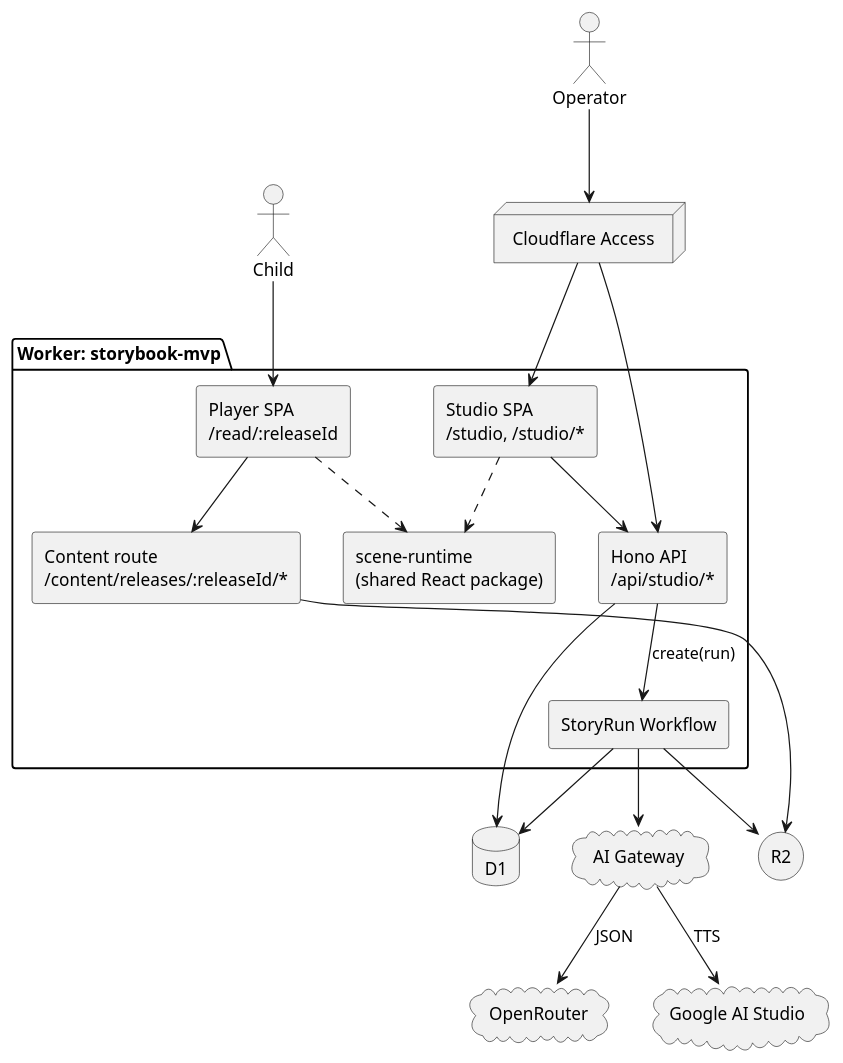
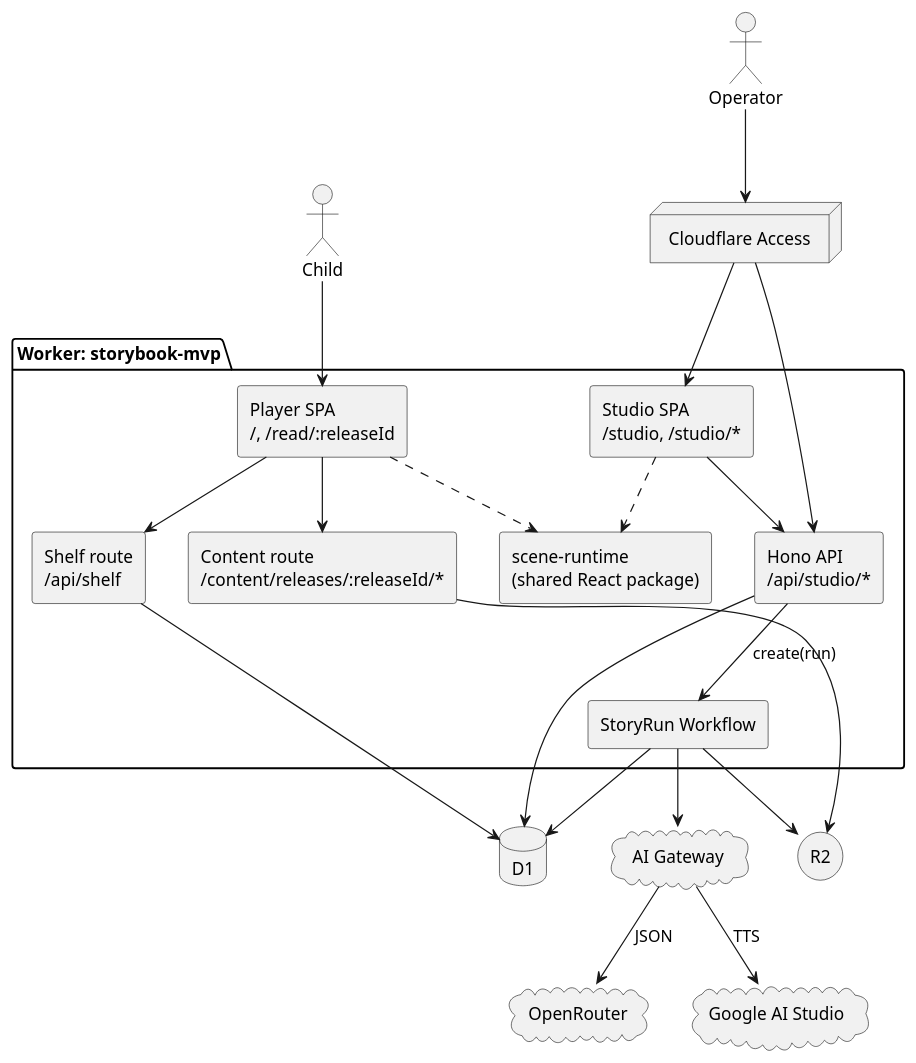
Before and after one commit to sem-baby-cmu/goodnight-ai-news: the first of 2 diagrams in docs/specs/storybook-mvp/design.md, drawn with PlantUML. The commit also changed other lines of this file and 9 other files, not shown here.

````diff
--- a/docs/specs/storybook-mvp/design.md
+++ b/docs/specs/storybook-mvp/design.md
@@ -48,40 +48,43 @@
 ```plantuml
 @startuml
 skinparam componentStyle rectangle
 actor Operator
 actor Child
 
 package "Worker: storybook-mvp" {
   [Studio SPA\n/studio, /studio/*] as Studio
-  [Player SPA\n/read/:releaseId] as Player
+  [Player SPA\n/, /read/:releaseId] as Player
   [Hono API\n/api/studio/*] as API
   [Content route\n/content/releases/:releaseId/*] as Content
+  [Shelf route\n/api/shelf] as Shelf
   [StoryRun Workflow] as WF
   [scene-runtime\n(shared React package)] as Runtime
 }
 
 database "D1" as D1
 storage "R2" as R2
 cloud "AI Gateway" as GW
 cloud "OpenRouter" as OR
 cloud "Google AI Studio" as GAS
 node "Cloudflare Access" as Access
 
 Operator --> Access
 Access --> Studio
 Access --> API
 Child --> Player
 Studio ..> Runtime
 Player ..> Runtime
 Studio --> API
 API --> D1
 API --> WF : create(run)
 WF --> D1
 WF --> R2
 WF --> GW
 GW --> OR : JSON
 GW --> GAS : TTS
 Player --> Content
 Content --> R2
+Player --> Shelf
+Shelf --> D1
 @enduml
 ```
````
